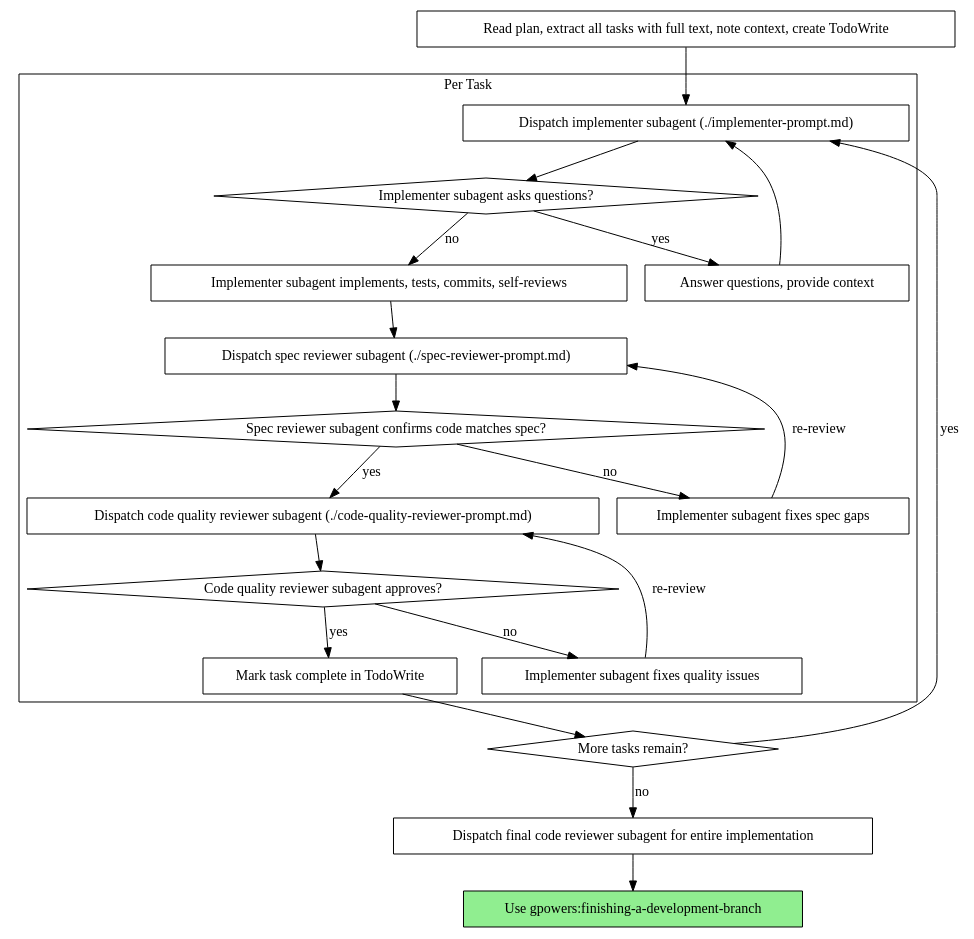
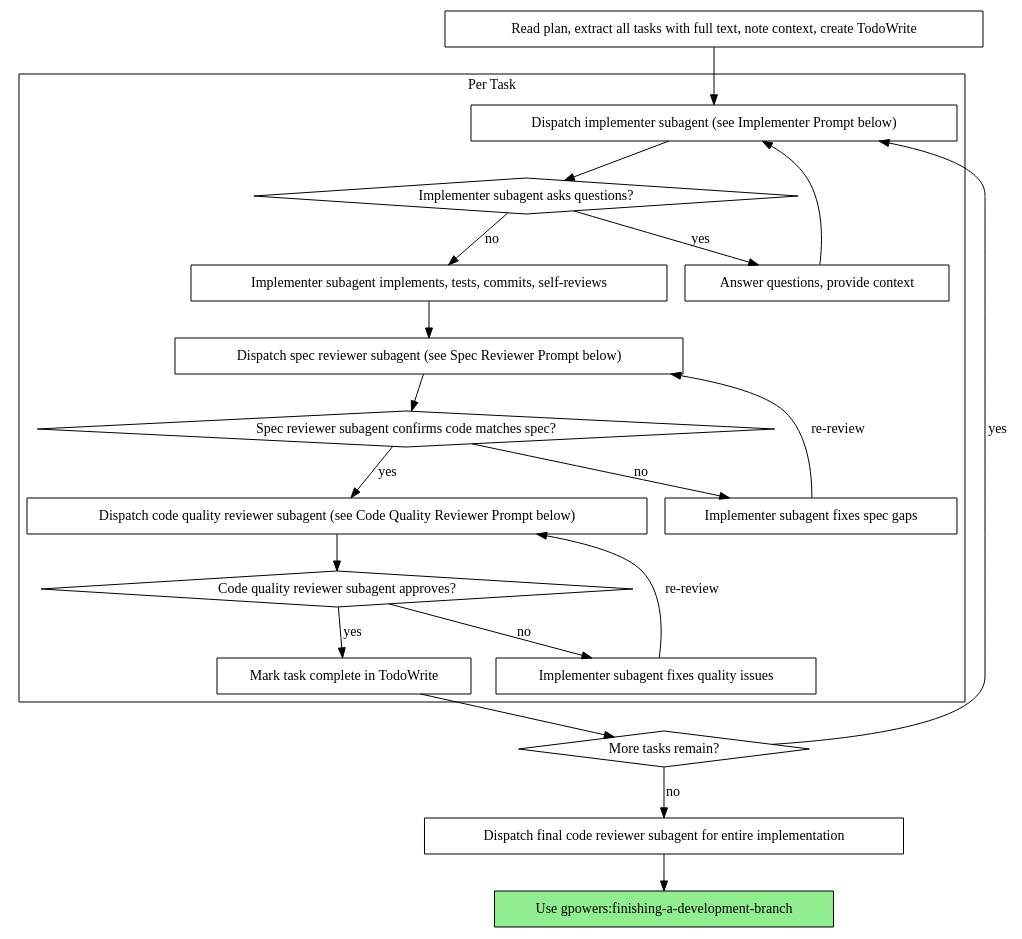
Before and after one commit to odysseythink/ody-code: the second of 2 diagrams in packages/agent-core/src/skill/builtin/subagent-driven-development.md, drawn with Graphviz. The commit also changed other lines of this file and 2 other files, not shown here.

Commit message:
fix(agent-core): inline missing subagent prompt templates into builtin skills

````diff
--- a/packages/agent-core/src/skill/builtin/subagent-driven-development.md
+++ b/packages/agent-core/src/skill/builtin/subagent-driven-development.md
@@ -46,44 +46,44 @@
 ```dot
 digraph process {
     rankdir=TB;
 
     subgraph cluster_per_task {
         label="Per Task";
-        "Dispatch implementer subagent (./implementer-prompt.md)" [shape=box];
+        "Dispatch implementer subagent (see Implementer Prompt below)" [shape=box];
         "Implementer subagent asks questions?" [shape=diamond];
         "Answer questions, provide context" [shape=box];
         "Implementer subagent implements, tests, commits, self-reviews" [shape=box];
-        "Dispatch spec reviewer subagent (./spec-reviewer-prompt.md)" [shape=box];
+        "Dispatch spec reviewer subagent (see Spec Reviewer Prompt below)" [shape=box];
         "Spec reviewer subagent confirms code matches spec?" [shape=diamond];
         "Implementer subagent fixes spec gaps" [shape=box];
-        "Dispatch code quality reviewer subagent (./code-quality-reviewer-prompt.md)" [shape=box];
+        "Dispatch code quality reviewer subagent (see Code Quality Reviewer Prompt below)" [shape=box];
         "Code quality reviewer subagent approves?" [shape=diamond];
         "Implementer subagent fixes quality issues" [shape=box];
         "Mark task complete in TodoWrite" [shape=box];
     }
 
     "Read plan, extract all tasks with full text, note context, create TodoWrite" [shape=box];
     "More tasks remain?" [shape=diamond];
     "Dispatch final code reviewer subagent for entire implementation" [shape=box];
     "Use gpowers:finishing-a-development-branch" [shape=box style=filled fillcolor=lightgreen];
 
-    "Read plan, extract all tasks with full text, note context, create TodoWrite" -> "Dispatch implementer subagent (./implementer-prompt.md)";
-    "Dispatch implementer subagent (./implementer-prompt.md)" -> "Implementer subagent asks questions?";
+    "Read plan, extract all tasks with full text, note context, create TodoWrite" -> "Dispatch implementer subagent (see Implementer Prompt below)";
+    "Dispatch implementer subagent (see Implementer Prompt below)" -> "Implementer subagent asks questions?";
     "Implementer subagent asks questions?" -> "Answer questions, provide context" [label="yes"];
-    "Answer questions, provide context" -> "Dispatch implementer subagent (./implementer-prompt.md)";
+    "Answer questions, provide context" -> "Dispatch implementer subagent (see Implementer Prompt below)";
     "Implementer subagent asks questions?" -> "Implementer subagent implements, tests, commits, self-reviews" [label="no"];
-    "Implementer subagent implements, tests, commits, self-reviews" -> "Dispatch spec reviewer subagent (./spec-reviewer-prompt.md)";
-    "Dispatch spec reviewer subagent (./spec-reviewer-prompt.md)" -> "Spec reviewer subagent confirms code matches spec?";
+    "Implementer subagent implements, tests, commits, self-reviews" -> "Dispatch spec reviewer subagent (see Spec Reviewer Prompt below)";
+    "Dispatch spec reviewer subagent (see Spec Reviewer Prompt below)" -> "Spec reviewer subagent confirms code matches spec?";
     "Spec reviewer subagent confirms code matches spec?" -> "Implementer subagent fixes spec gaps" [label="no"];
-    "Implementer subagent fixes spec gaps" -> "Dispatch spec reviewer subagent (./spec-reviewer-prompt.md)" [label="re-review"];
-    "Spec reviewer subagent confirms code matches spec?" -> "Dispatch code quality reviewer subagent (./code-quality-reviewer-prompt.md)" [label="yes"];
-    "Dispatch code quality reviewer subagent (./code-quality-reviewer-prompt.md)" -> "Code quality reviewer subagent approves?";
+    "Implementer subagent fixes spec gaps" -> "Dispatch spec reviewer subagent (see Spec Reviewer Prompt below)" [label="re-review"];
+    "Spec reviewer subagent confirms code matches spec?" -> "Dispatch code quality reviewer subagent (see Code Quality Reviewer Prompt below)" [label="yes"];
+    "Dispatch code quality reviewer subagent (see Code Quality Reviewer Prompt below)" -> "Code quality reviewer subagent approves?";
     "Code quality reviewer subagent approves?" -> "Implementer subagent fixes quality issues" [label="no"];
-    "Implementer subagent fixes quality issues" -> "Dispatch code quality reviewer subagent (./code-quality-reviewer-prompt.md)" [label="re-review"];
+    "Implementer subagent fixes quality issues" -> "Dispatch code quality reviewer subagent (see Code Quality Reviewer Prompt below)" [label="re-review"];
     "Code quality reviewer subagent approves?" -> "Mark task complete in TodoWrite" [label="yes"];
     "Mark task complete in TodoWrite" -> "More tasks remain?";
-    "More tasks remain?" -> "Dispatch implementer subagent (./implementer-prompt.md)" [label="yes"];
+    "More tasks remain?" -> "Dispatch implementer subagent (see Implementer Prompt below)" [label="yes"];
     "More tasks remain?" -> "Dispatch final code reviewer subagent for entire implementation" [label="no"];
     "Dispatch final code reviewer subagent for entire implementation" -> "Use gpowers:finishing-a-development-branch";
 }
 ```
````
